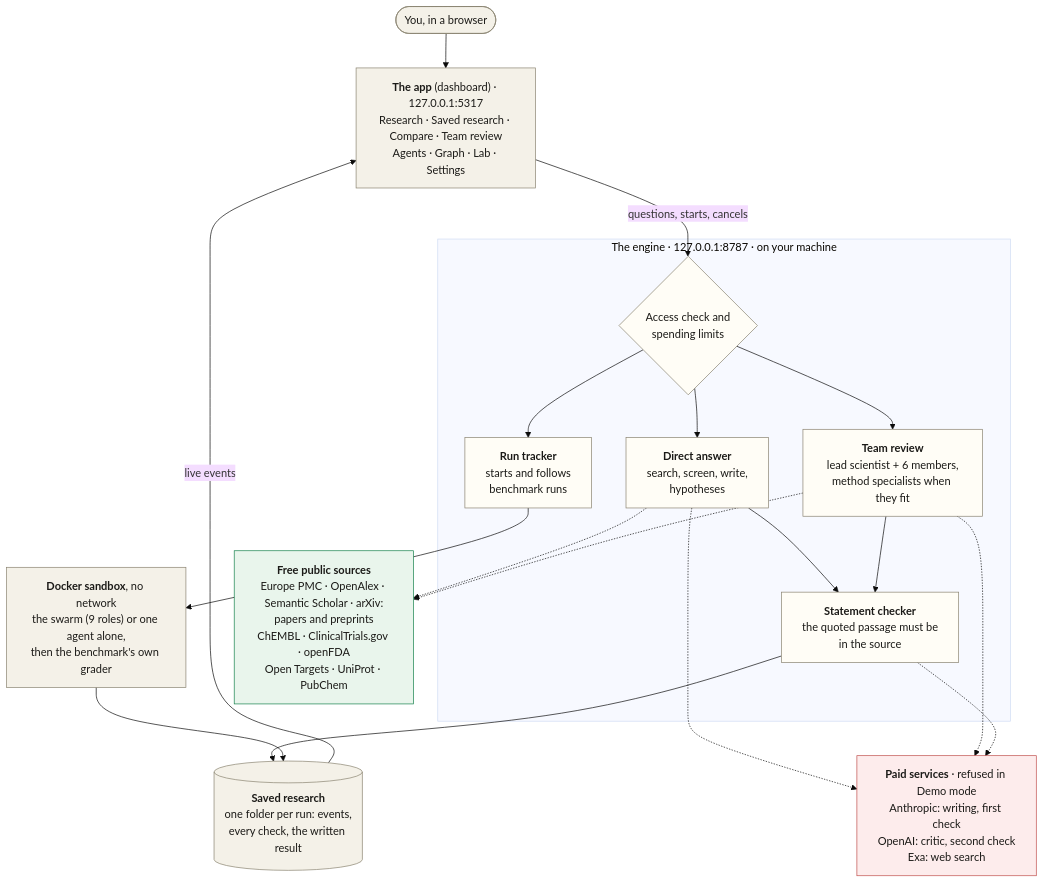
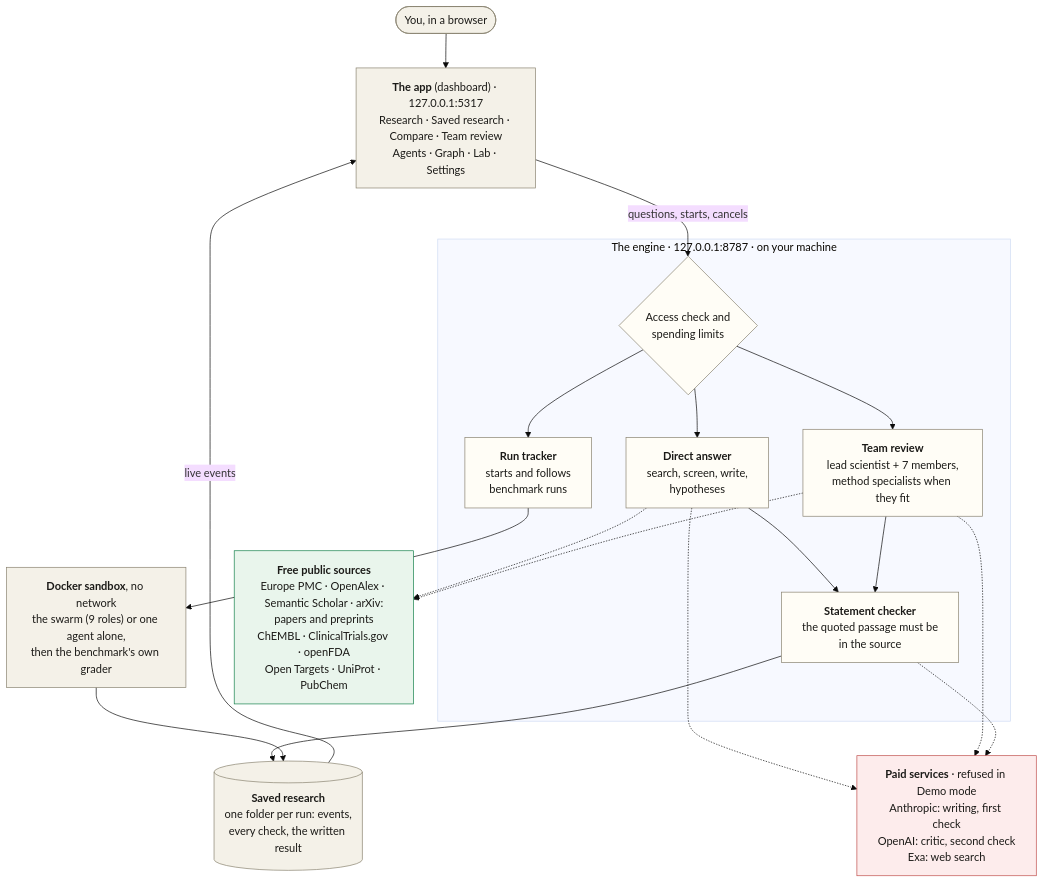
One commit to itsbrendandang/agent-test changed the diagram in README.md. Above: the diagram before and after it, drawn with Mermaid (base theme). The commit also changed other lines of this file and 25 other files, not shown here.

````diff
--- a/README.md
+++ b/README.md
@@ -353,44 +353,44 @@
 ```mermaid
 flowchart TB
     you(["You, in a browser"])
     app["<b>The app</b> (dashboard) · 127.0.0.1:5317<br/>Research · Saved research · Compare · Team review<br/>Agents · Graph · Lab · Settings"]
 
     subgraph engine["The engine · 127.0.0.1:8787 · on your machine"]
         gate{"Access check and<br/>spending limits"}
         answer["<b>Direct answer</b><br/>search, screen, write,<br/>hypotheses"]
-        board["<b>Team review</b><br/>lead scientist + 6 members,<br/>method specialists when they fit"]
+        board["<b>Team review</b><br/>lead scientist + 7 members,<br/>method specialists when they fit"]
         tracker["<b>Run tracker</b><br/>starts and follows<br/>benchmark runs"]
         check["<b>Statement checker</b><br/>the quoted passage must be<br/>in the source"]
     end
 
     sandbox["<b>Docker sandbox</b>, no network<br/>the swarm (9 roles) or one agent alone,<br/>then the benchmark's own grader"]
     store[("<b>Saved research</b><br/>one folder per run: events,<br/>every check, the written result")]
     paid["<b>Paid services</b> · refused in Demo mode<br/>Anthropic: writing, first check<br/>OpenAI: critic, second check<br/>Exa: web search"]
     free["<b>Free public sources</b><br/>Europe PMC · OpenAlex · Semantic Scholar · arXiv:<br/>papers and preprints<br/>ChEMBL · ClinicalTrials.gov · openFDA<br/>Open Targets · UniProt · PubChem"]
 
     you --> app
     app -- "questions, starts, cancels" --> gate
     gate --> answer
     gate --> board
     gate --> tracker
     answer --> check
     board --> check
     tracker --> sandbox
     check --> store
     sandbox --> store
     store -- "live events" --> app
     answer -.-> free
     board -.-> free
     answer -.-> paid
     board -.-> paid
     check -.-> paid
 
     classDef local fill:#f4f1e8,stroke:#8a8371,color:#1b1a17
     classDef core fill:#fffdf6,stroke:#8a8371,color:#1b1a17
     classDef paidc fill:#fdecec,stroke:#c0504d,color:#1b1a17
     classDef freec fill:#e9f5ec,stroke:#17824d,color:#1b1a17
     class you,app,store,sandbox local
     class gate,answer,board,tracker,check core
     class paid paidc
     class free freec
 ```
````
